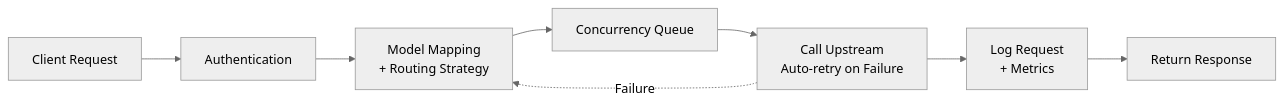
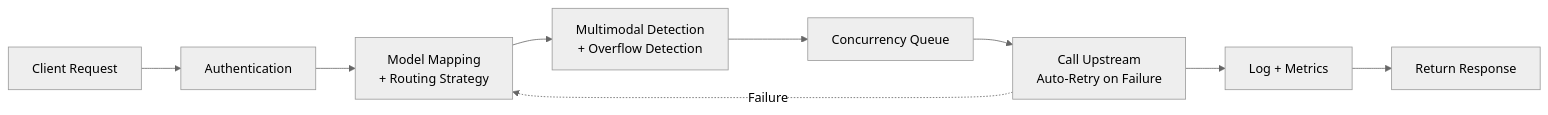
Before and after one commit to zhushanwen321/llm-simple-router: the second of 2 diagrams in README.en.md, drawn with Mermaid (neutral theme). The commit also changed other lines of this file and 1 other file, not shown here.

````diff
--- a/README.en.md
+++ b/README.en.md
@@ -281,11 +307,12 @@
 ```mermaid
 flowchart LR
     A[Client Request] --> B[Authentication]
     B --> C[Model Mapping<br/>+ Routing Strategy]
-    C --> D[Concurrency Queue]
-    D --> E[Call Upstream<br/>Auto-retry on Failure]
-    E --> F[Log Request<br/>+ Metrics]
+    C --> H[Multimodal Detection<br/>+ Overflow Detection]
+    H --> D[Concurrency Queue]
+    D --> E[Call Upstream<br/>Auto-Retry on Failure]
+    E --> F[Log + Metrics]
     F --> G[Return Response]
 
     E -.->|Failure| C
 ```
````
